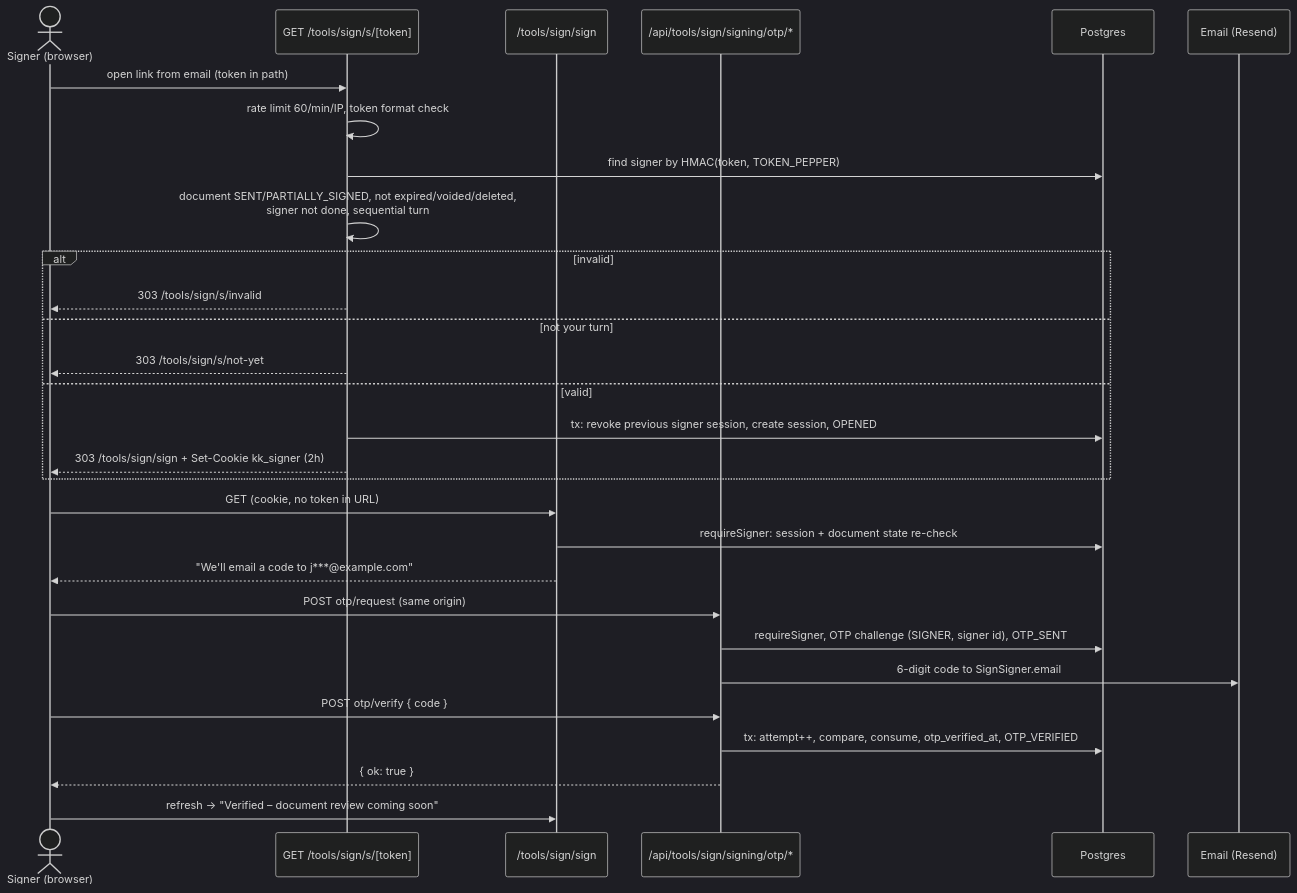
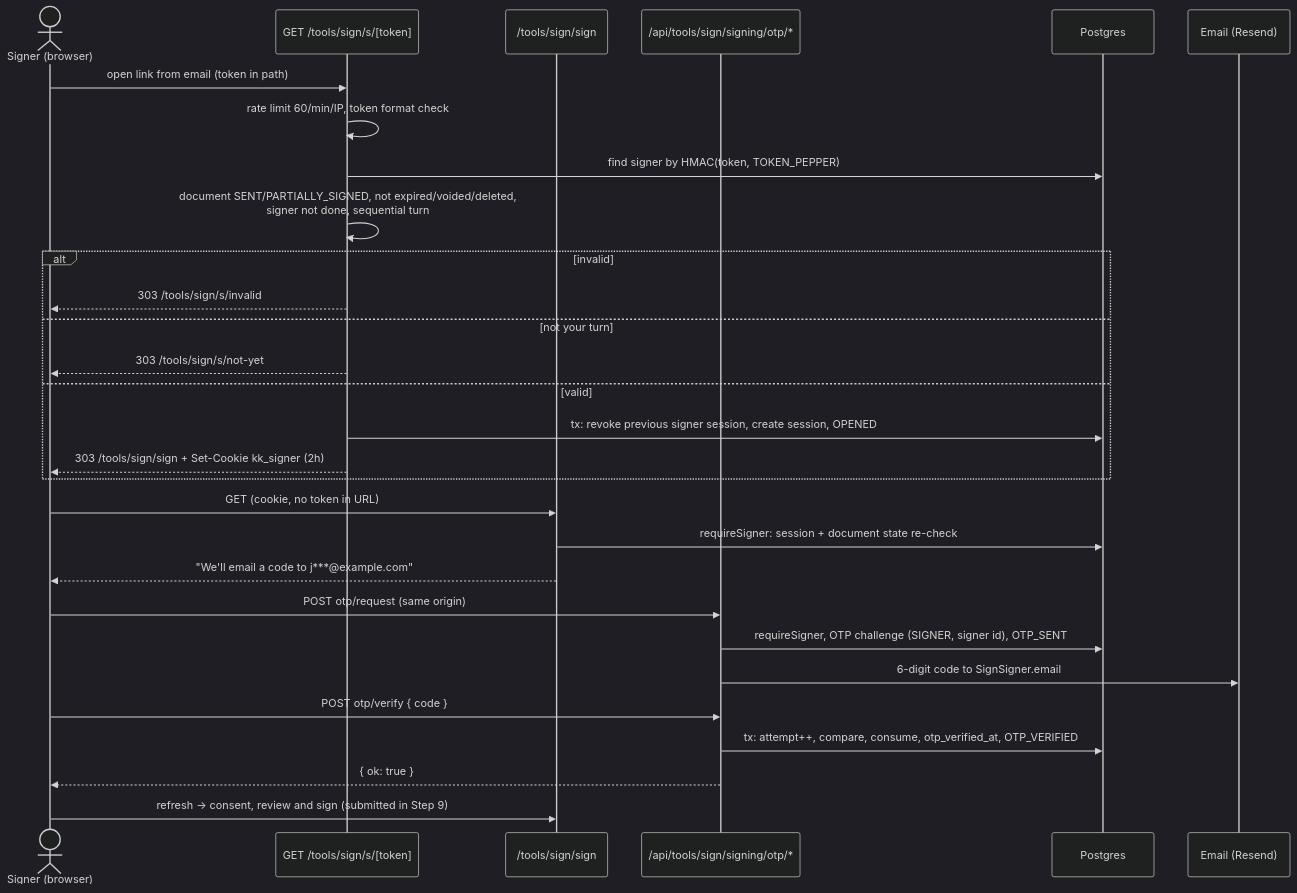
The diagram in docs/AUTH.md (KarmaPriyanshu1995/karmakoders), drawn with Mermaid (dark theme) before and after one commit. The commit also changed other lines of this file and 2 other files, not shown here.

First line of the commit message:
docs(sign): signer screens

````diff
--- a/docs/AUTH.md
+++ b/docs/AUTH.md
@@ -177,32 +178,32 @@
 ```mermaid
 sequenceDiagram
   actor S as Signer (browser)
   participant X as GET /tools/sign/s/[token]
   participant P as /tools/sign/sign
   participant A as /api/tools/sign/signing/otp/*
   participant DB as Postgres
   participant M as Email (Resend)
 
   S->>X: open link from email (token in path)
   X->>X: rate limit 60/min/IP, token format check
   X->>DB: find signer by HMAC(token, TOKEN_PEPPER)
   X->>X: document SENT/PARTIALLY_SIGNED, not expired/voided/deleted,<br/>signer not done, sequential turn
   alt invalid
     X-->>S: 303 /tools/sign/s/invalid
   else not your turn
     X-->>S: 303 /tools/sign/s/not-yet
   else valid
     X->>DB: tx: revoke previous signer session, create session, OPENED
     X-->>S: 303 /tools/sign/sign + Set-Cookie kk_signer (2h)
   end
   S->>P: GET (cookie, no token in URL)
   P->>DB: requireSigner: session + document state re-check
   P-->>S: "We'll email a code to j***@example.com"
   S->>A: POST otp/request (same origin)
   A->>DB: requireSigner, OTP challenge (SIGNER, signer id), OTP_SENT
   A->>M: 6-digit code to SignSigner.email
   S->>A: POST otp/verify { code }
   A->>DB: tx: attempt++, compare, consume, otp_verified_at, OTP_VERIFIED
   A-->>S: { ok: true }
-  S->>P: refresh → "Verified – document review coming soon"
+  S->>P: refresh → consent, review and sign (submitted in Step 9)
 ```
````
